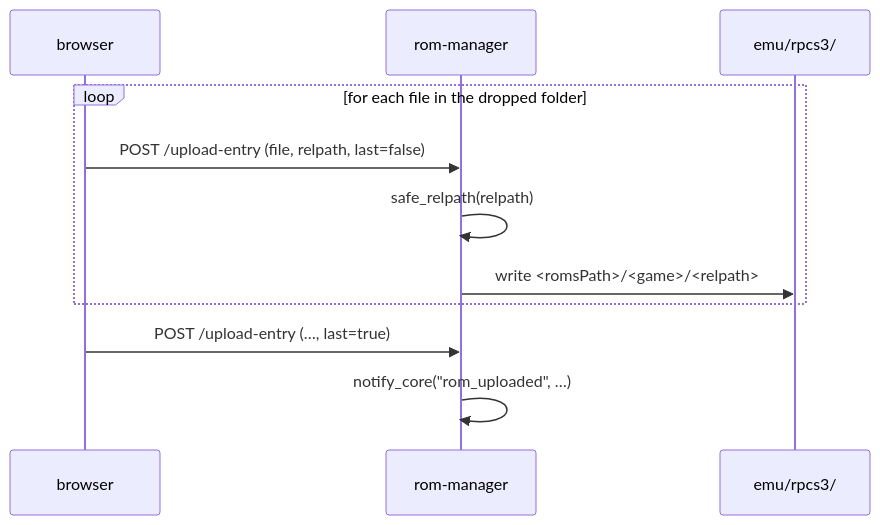
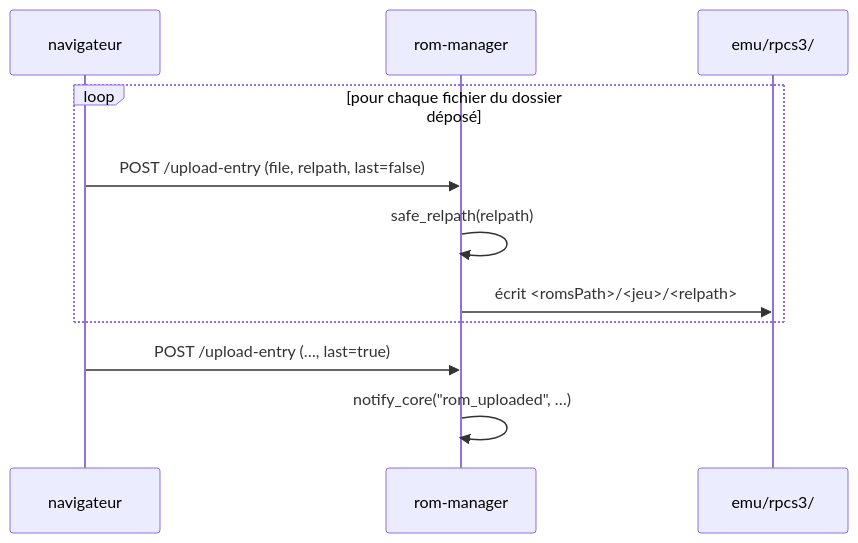
One commit to p4v1c/gamecore-addons changed the diagram in docs/architecture/03-rom-manager.md. Above: the diagram before and after it, drawn with Mermaid. The commit also changed other lines of this file and 10 other files, not shown here.

First line of the commit message:
docs: passe la documentation d'architecture en français

````diff
--- a/docs/architecture/03-rom-manager.md
+++ b/docs/architecture/03-rom-manager.md
@@ -49,13 +51,13 @@
 ```mermaid
 sequenceDiagram
-    participant ui as browser
+    participant ui as navigateur
     participant a as rom-manager
     participant fs as emu/rpcs3/
-    loop for each file in the dropped folder
+    loop pour chaque fichier du dossier déposé
         ui->>a: POST /upload-entry (file, relpath, last=false)
         a->>a: safe_relpath(relpath)
-        a->>fs: write <romsPath>/<game>/<relpath>
+        a->>fs: écrit <romsPath>/<jeu>/<relpath>
     end
     ui->>a: POST /upload-entry (…, last=true)
     a->>a: notify_core("rom_uploaded", …)
 ```
````
